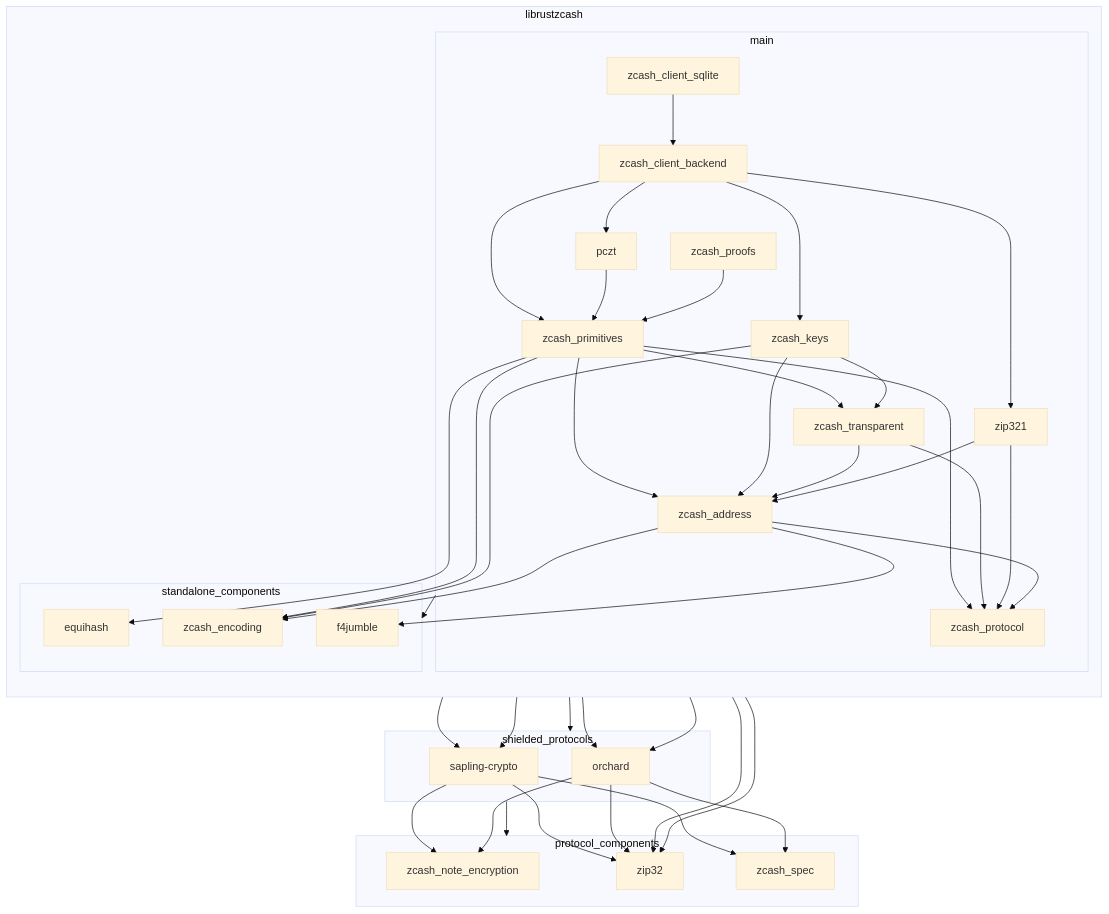
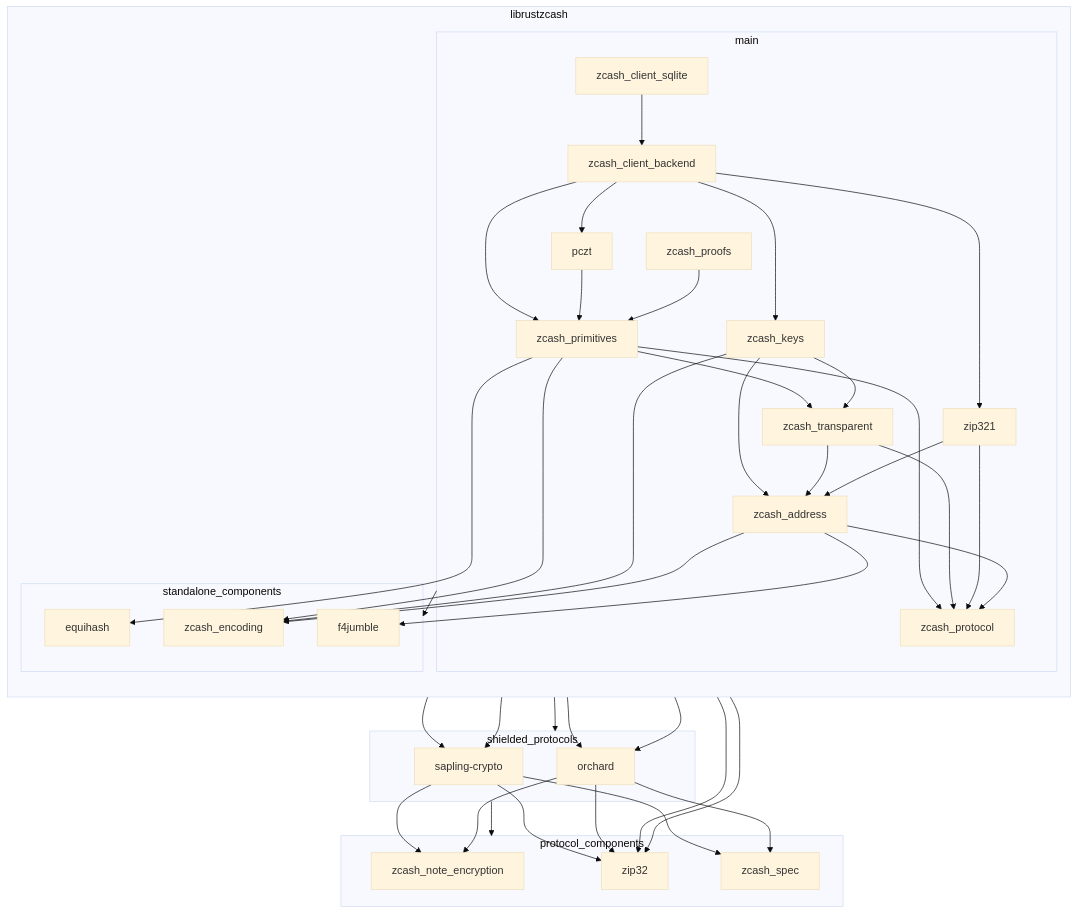
The diagram in README.md (zcash/librustzcash), drawn with Mermaid (base theme) before and after one commit. The commit also changed 3 other files, not shown here.

Commit message:
zcash_primitives: Remove unused dependencies

```diff
--- a/README.md
+++ b/README.md
@@ -48,7 +48,6 @@
     zcash_primitives --> zcash_protocol
     zcash_primitives --> equihash
     zcash_primitives --> zcash_encoding
-    zcash_primitives --> zcash_address
     zcash_primitives --> zcash_transparent
     zcash_primitives --> sapling
     zcash_primitives --> orchard
```
